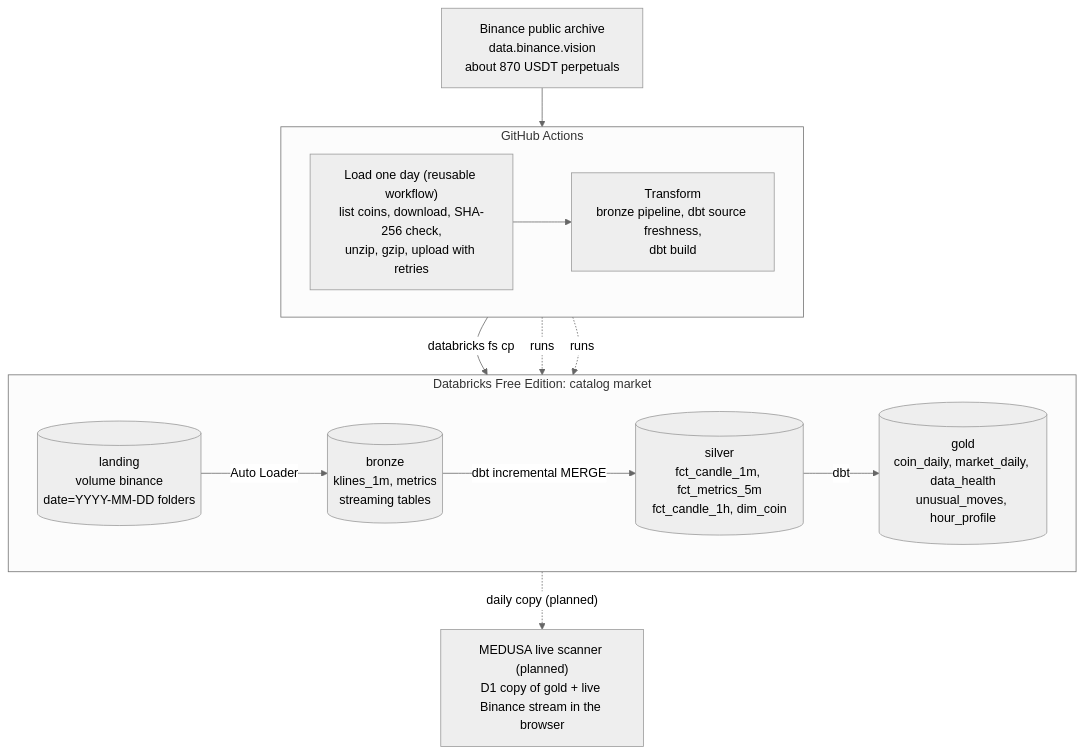
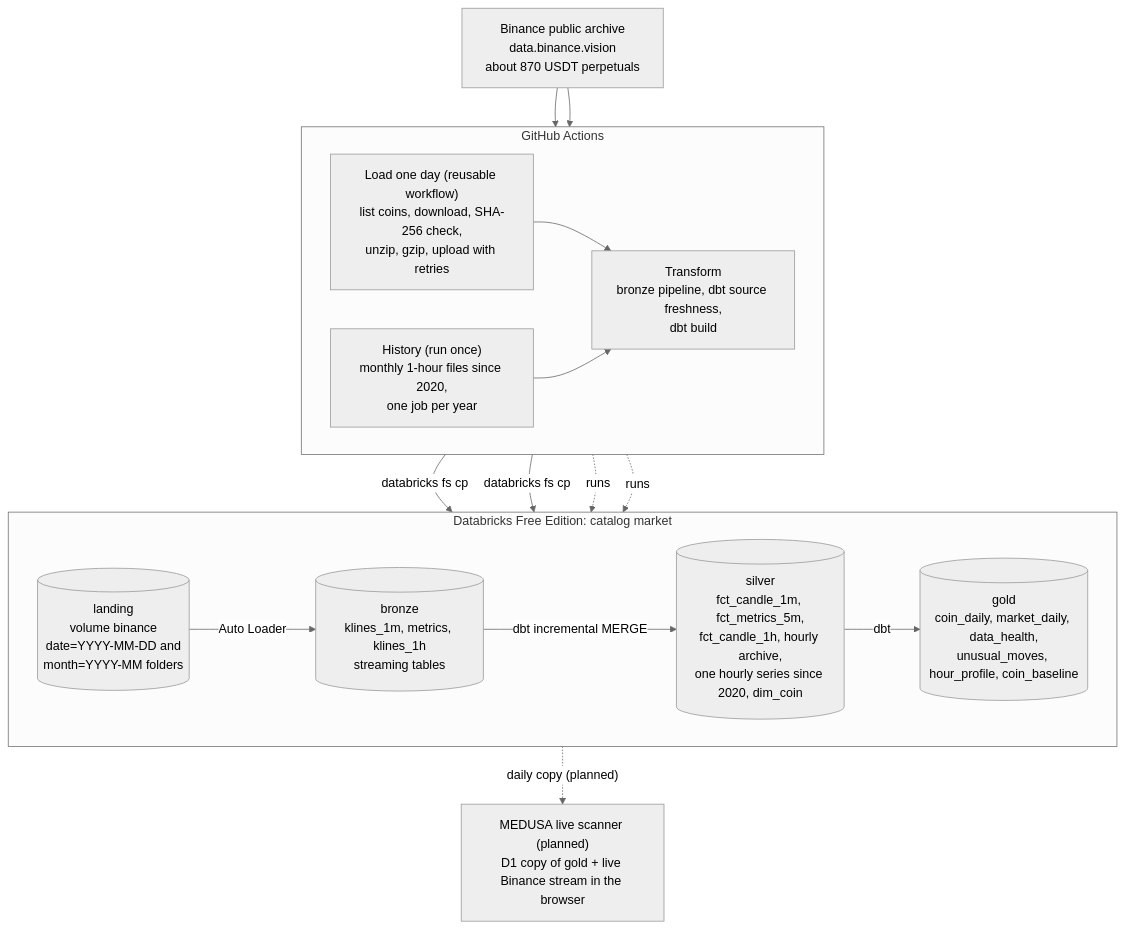
One commit to shivam65-sketch/medusa changed the diagram in docs/diagrams/lakehouse-flow.mmd. Above: the diagram before and after it, drawn with Mermaid. The commit also changed 11 other files, not shown here.

Commit message:
Docs: steps 20-21 (hourly history, reconciliation), ADR-019/020, updated diagrams

```diff
--- a/docs/diagrams/lakehouse-flow.mmd
+++ b/docs/diagrams/lakehouse-flow.mmd
@@ -1,24 +1,28 @@
 %%{init: {"theme": "neutral"}}%%
 flowchart TB
   BIN["Binance public archive<br>data.binance.vision<br>about 870 USDT perpetuals"]
   subgraph GH["GitHub Actions"]
     direction LR
     LD["Load one day (reusable workflow)<br>list coins, download, SHA-256 check,<br>unzip, gzip, upload with retries"]
+    HI["History (run once)<br>monthly 1-hour files since 2020,<br>one job per year"]
     TR["Transform<br>bronze pipeline, dbt source freshness,<br>dbt build"]
     LD --> TR
+    HI --> TR
   end
   subgraph DBX["Databricks Free Edition: catalog market"]
     direction LR
-    L[("landing<br>volume binance<br>date=YYYY-MM-DD folders")]
-    BR[("bronze<br>klines_1m, metrics<br>streaming tables")]
-    SI[("silver<br>fct_candle_1m, fct_metrics_5m<br>fct_candle_1h, dim_coin")]
-    GO[("gold<br>coin_daily, market_daily, data_health<br>unusual_moves, hour_profile")]
+    L[("landing<br>volume binance<br>date=YYYY-MM-DD and<br>month=YYYY-MM folders")]
+    BR[("bronze<br>klines_1m, metrics, klines_1h<br>streaming tables")]
+    SI[("silver<br>fct_candle_1m, fct_metrics_5m,<br>fct_candle_1h, hourly archive,<br>one hourly series since 2020, dim_coin")]
+    GO[("gold<br>coin_daily, market_daily, data_health,<br>unusual_moves, hour_profile, coin_baseline")]
     L -->|"Auto Loader"| BR
     BR -->|"dbt incremental MERGE"| SI
     SI -->|"dbt"| GO
   end
   BIN --> LD
+  BIN --> HI
   LD -->|"databricks fs cp"| L
+  HI -->|"databricks fs cp"| L
   TR -.->|"runs"| BR
   TR -.->|"runs"| SI
   GO -.->|"daily copy (planned)"| WEB["MEDUSA live scanner (planned)<br>D1 copy of gold + live Binance stream in the browser"]
```
